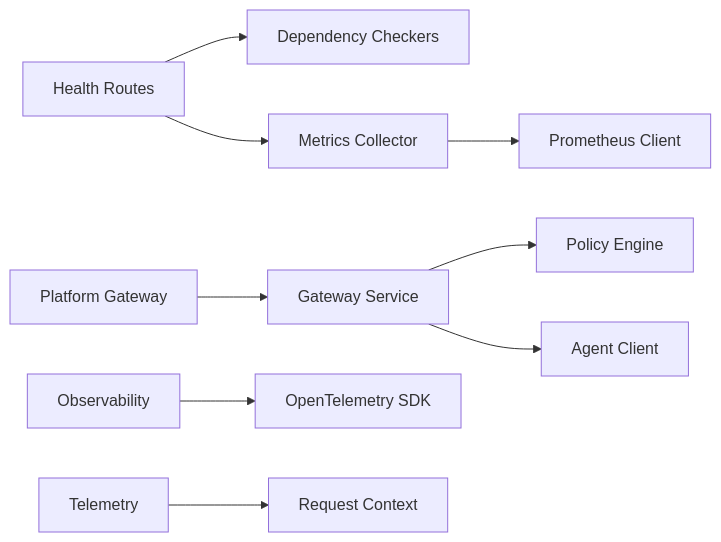
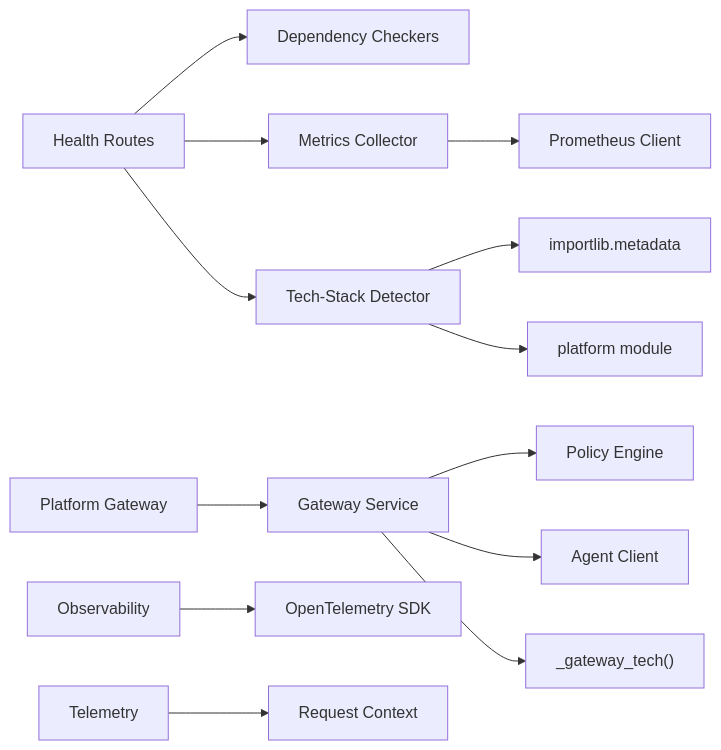
Before and after one commit to metasync/luban-aiops: the tenth of 10 diagrams in .qoder/repowiki/en/content/API Reference/Agent Platform API/Health & Monitoring API.md, drawn with Mermaid. The commit also changed other lines of this file and 6 other files, not shown here.

````diff
--- a/.qoder/repowiki/en/content/API Reference/Agent Platform API/Health & Monitoring API.md
+++ b/.qoder/repowiki/en/content/API Reference/Agent Platform API/Health & Monitoring API.md
@@ -432,11 +567,15 @@
 ```mermaid
 graph LR
 Health["Health Routes"] --> Deps["Dependency Checkers"]
 Health --> Metrics["Metrics Collector"]
+Health --> TechDetect["Tech-Stack Detector"]
 Gateway["Platform Gateway"] --> GatewayService["Gateway Service"]
 GatewayService --> PolicyEngine["Policy Engine"]
 GatewayService --> AgentClient["Agent Client"]
+GatewayService --> GatewayTech["_gateway_tech()"]
+TechDetect --> ImportLib["importlib.metadata"]
+TechDetect --> Platform["platform module"]
 Metrics --> Prometheus["Prometheus Client"]
 Observability["Observability"] --> OTel["OpenTelemetry SDK"]
 Telemetry["Telemetry"] --> Context["Request Context"]
 ```
````
